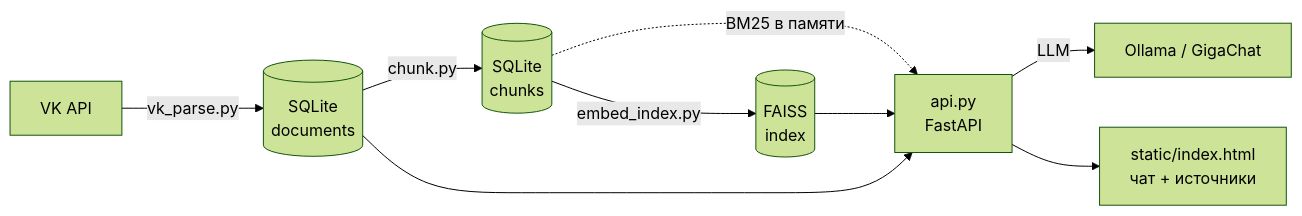
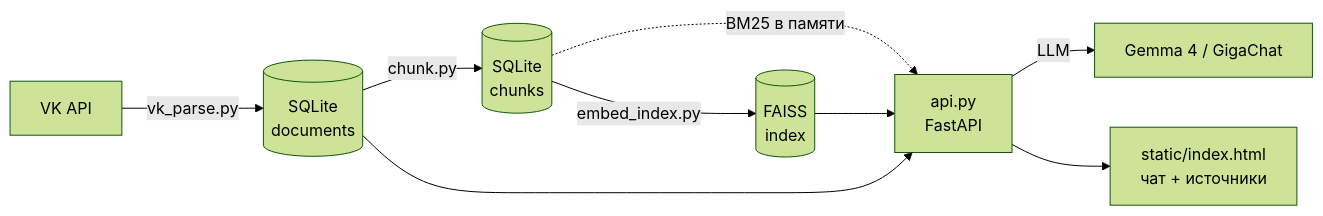
The diagram in README.md (ivanChuhonin/Rag-system), drawn with Mermaid (forest theme) before and after one commit. The commit also changed other lines of this file, not shown here.

````diff
--- a/README.md
+++ b/README.md
@@ -13,11 +13,11 @@
 ```mermaid
 flowchart LR
     VK[VK API] -->|vk_parse.py| DB[(SQLite\ndocuments)]
     DB -->|chunk.py| CH[(SQLite\nchunks)]
     CH -->|embed_index.py| FAISS[(FAISS\nindex)]
     CH -.BM25 в памяти.-> API
     FAISS --> API
     DB --> API[api.py\nFastAPI]
-    API -->|LLM| Ollama[Ollama / GigaChat]
+    API -->|LLM| Ollama[Gemma 4 / GigaChat]
     API --> UI[static/index.html\nчат + источники]
 ```
````
